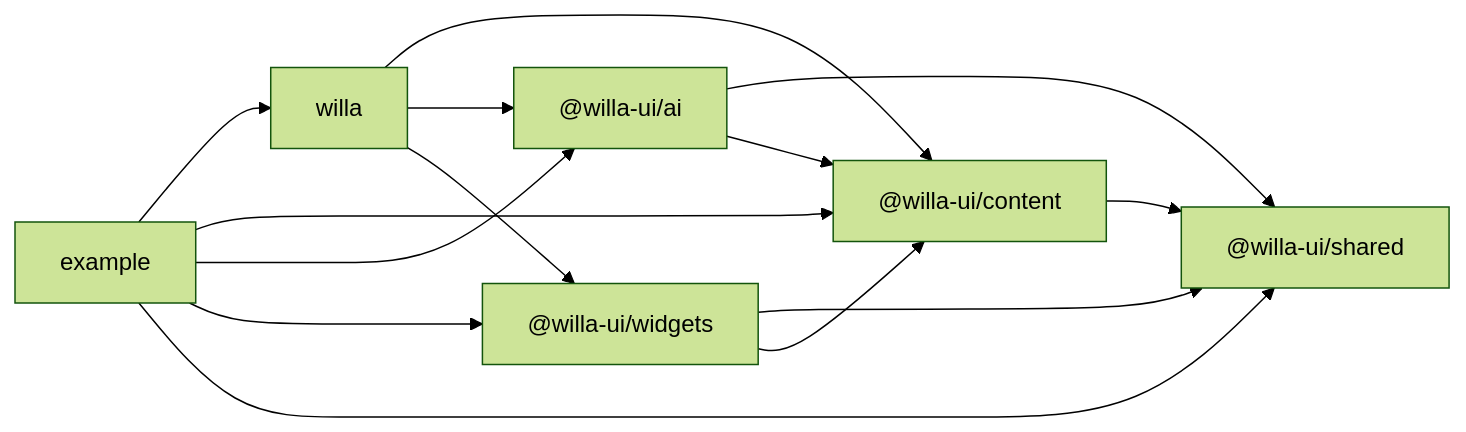
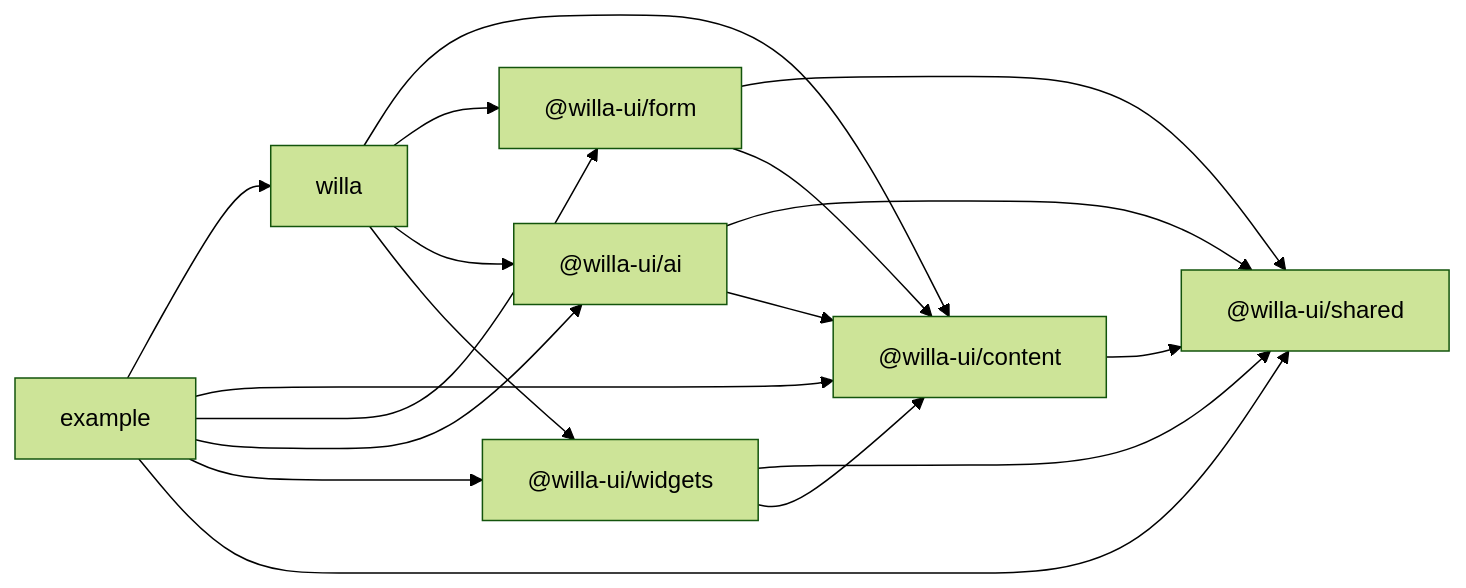
One commit to imtaotao/willa changed the first of 4 diagrams in docs/architecture.md. Above: the diagram before and after it, drawn with Mermaid (forest theme). The commit also changed other lines of this file and 80 other files, not shown here.

````diff
--- a/docs/architecture.md
+++ b/docs/architecture.md
@@ -129,23 +144,28 @@
 ```mermaid
 flowchart LR
   shared["@willa-ui/shared"]
   content["@willa-ui/content"]
+  form["@willa-ui/form"]
   ai["@willa-ui/ai"]
   widgets["@willa-ui/widgets"]
   willa["willa"]
   example["example"]
 
   content --> shared
+  form --> shared
+  form --> content
   ai --> shared
   ai --> content
   widgets --> shared
   widgets --> content
   willa --> content
+  willa --> form
   willa --> ai
   willa --> widgets
   example --> willa
   example --> content
+  example --> form
   example --> ai
   example --> widgets
   example --> shared
 ```
````
